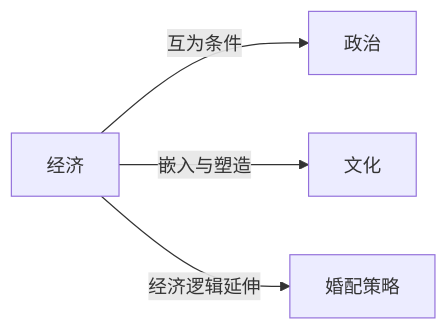
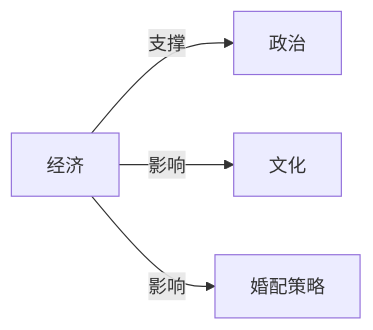
Before and after one commit to KIMMCHOW/MyKnowledge: the diagram in Knowledge/Concepts/经济/经济.md, drawn with Mermaid. The commit also changed 95 other files, not shown here.

Commit message:
reorganize: 统一关系图边标签为11类

````diff
--- a/Knowledge/Concepts/经济/经济.md
+++ b/Knowledge/Concepts/经济/经济.md
@@ -40,6 +40,6 @@
 ```mermaid
 graph LR
-经济 -->|互为条件| 政治
-经济 -->|嵌入与塑造| 文化
-经济 -->|经济逻辑延伸| 婚配策略
+经济 -->|支撑| 政治
+经济 -->|影响| 文化
+经济 -->|影响| 婚配策略
 ```
````
